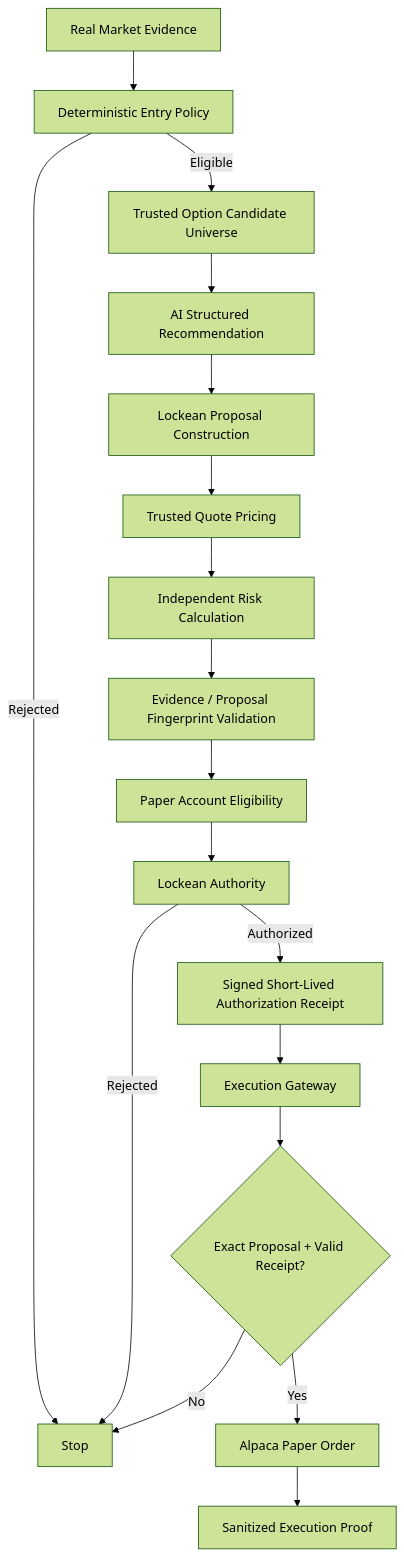
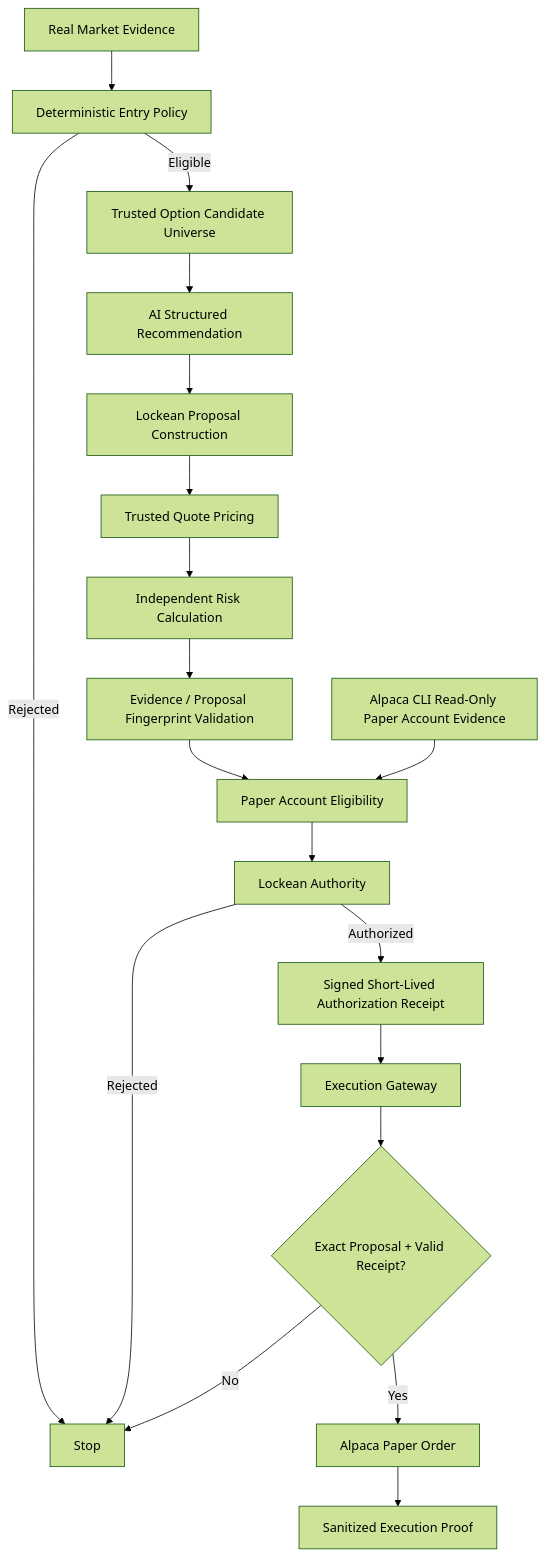
One commit to Djcezile/Lockean-lite changed the diagram in README.md. Above: the diagram before and after it, drawn with Mermaid (forest theme). The commit also changed other lines of this file and 4 other files, not shown here.

````diff
--- a/README.md
+++ b/README.md
@@ -86,20 +86,21 @@
 ```mermaid
 flowchart TD
     A[Real Market Evidence] --> B[Deterministic Entry Policy]
     B -->|Rejected| R[Stop]
     B -->|Eligible| C[Trusted Option Candidate Universe]
     C --> D[AI Structured Recommendation]
     D --> E[Lockean Proposal Construction]
     E --> F[Trusted Quote Pricing]
     F --> G[Independent Risk Calculation]
     G --> H[Evidence / Proposal Fingerprint Validation]
     H --> I[Paper Account Eligibility]
+    P[Alpaca CLI Read-Only Paper Account Evidence] --> I
     I --> J[Lockean Authority]
     J -->|Rejected| R
     J -->|Authorized| K[Signed Short-Lived Authorization Receipt]
     K --> L[Execution Gateway]
     L --> M{Exact Proposal + Valid Receipt?}
     M -->|No| R
     M -->|Yes| N[Alpaca Paper Order]
     N --> O[Sanitized Execution Proof]
 ```
````
